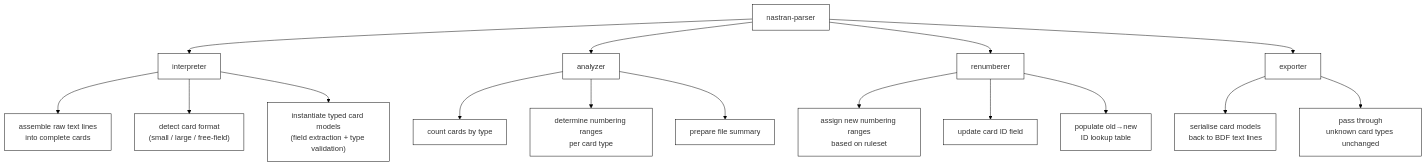
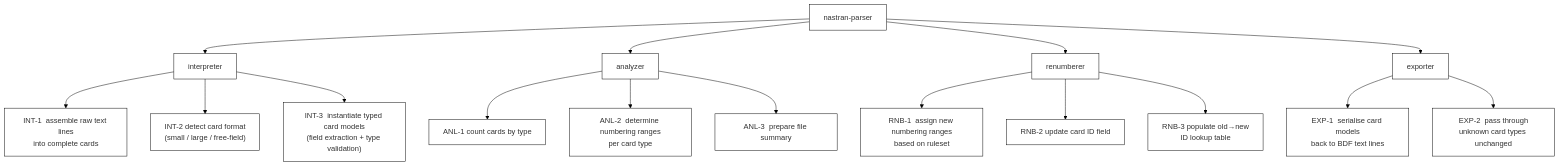
Before and after one commit to micos20/nastran-parser: the second of 2 diagrams in architecture/architectural_dossier.md, drawn with Mermaid. The commit also changed 3 other files, not shown here.

````diff
--- a/architecture/architectural_dossier.md
+++ b/architecture/architectural_dossier.md
@@ -125,27 +125,27 @@
 ```mermaid
 %%{init: {'theme': 'base', 'themeVariables': {'background': '#ffffff', 'primaryColor': '#ffffff', 'primaryBorderColor': '#000000', 'clusterBkg': '#ffffff', 'clusterBorder': '#000000', 'lineColor': '#000000', 'textColor': '#000000'}}}%%
 flowchart TD
     NP["nastran-parser"]
 
     INT["interpreter"]
     ANL["analyzer"]
     RNB["renumberer"]
     EXP["exporter"]
 
     NP --> INT & ANL & RNB & EXP
 
-    INT --> INT1["assemble raw text lines\ninto complete cards"]
-    INT --> INT2["detect card format\n(small / large / free-field)"]
-    INT --> INT3["instantiate typed card models\n(field extraction + type validation)"]
+    INT --> INT1["INT-1  assemble raw text lines\ninto complete cards"]
+    INT --> INT2["INT-2  detect card format\n(small / large / free-field)"]
+    INT --> INT3["INT-3  instantiate typed card models\n(field extraction + type validation)"]
 
-    ANL --> ANL1["count cards by type"]
-    ANL --> ANL2["determine numbering ranges\nper card type"]
-    ANL --> ANL3["prepare file summary"]
+    ANL --> ANL1["ANL-1  count cards by type"]
+    ANL --> ANL2["ANL-2  determine numbering ranges\nper card type"]
+    ANL --> ANL3["ANL-3  prepare file summary"]
 
-    RNB --> RNB1["assign new numbering ranges\nbased on ruleset"]
-    RNB --> RNB2["update card ID field"]
-    RNB --> RNB3["populate old→new\nID lookup table"]
+    RNB --> RNB1["RNB-1  assign new numbering ranges\nbased on ruleset"]
+    RNB --> RNB2["RNB-2  update card ID field"]
+    RNB --> RNB3["RNB-3  populate old→new\nID lookup table"]
 
-    EXP --> EXP1["serialise card models\nback to BDF text lines"]
-    EXP --> EXP2["pass through\nunknown card types unchanged"]
+    EXP --> EXP1["EXP-1  serialise card models\nback to BDF text lines"]
+    EXP --> EXP2["EXP-2  pass through\nunknown card types unchanged"]
 ```
````
